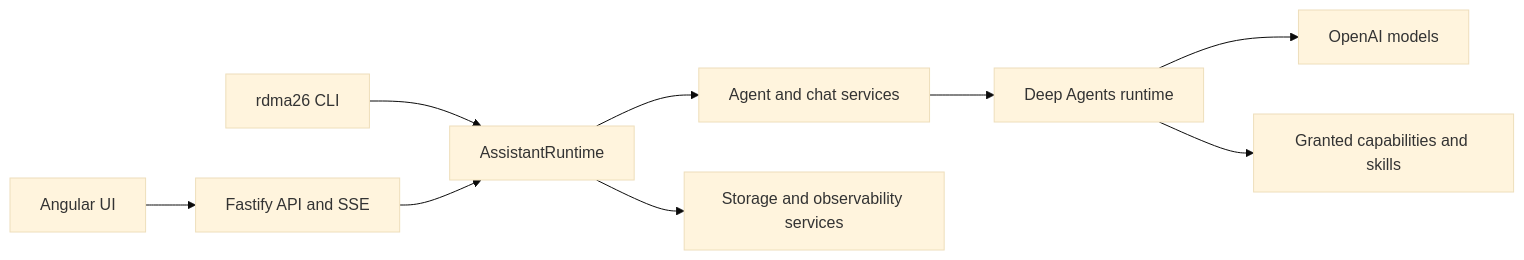
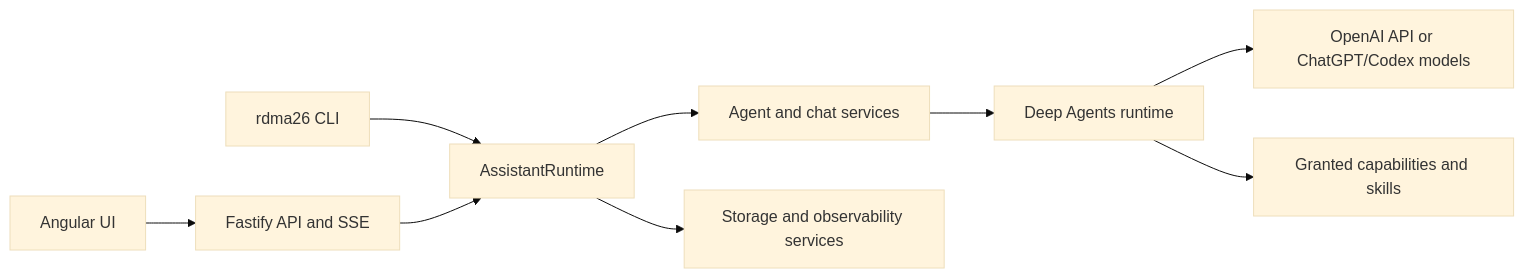
Before and after one commit to derrodo61/rdma26: the first of 2 diagrams in docs/architecture.md, drawn with Mermaid (base theme). The commit also changed other lines of this file and 29 other files, not shown here.

Commit message:
Add ChatGPT provider support and capability gating

````diff
--- a/docs/architecture.md
+++ b/docs/architecture.md
@@ -12,11 +12,11 @@
 ```mermaid
 flowchart LR
     UI["Angular UI"] --> HTTP["Fastify API and SSE"]
     CLI["rdma26 CLI"] --> RT["AssistantRuntime"]
     HTTP --> RT
     RT --> AG["Agent and chat services"]
     RT --> DATA["Storage and observability services"]
     AG --> DA["Deep Agents runtime"]
-    DA --> LLM["OpenAI models"]
+    DA --> LLM["OpenAI API or ChatGPT/Codex models"]
     DA --> CAP["Granted capabilities and skills"]
 ```
````
